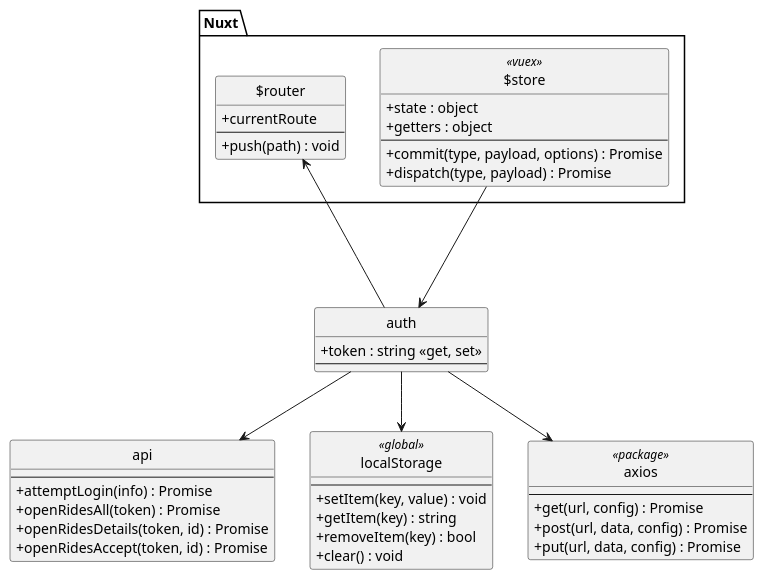
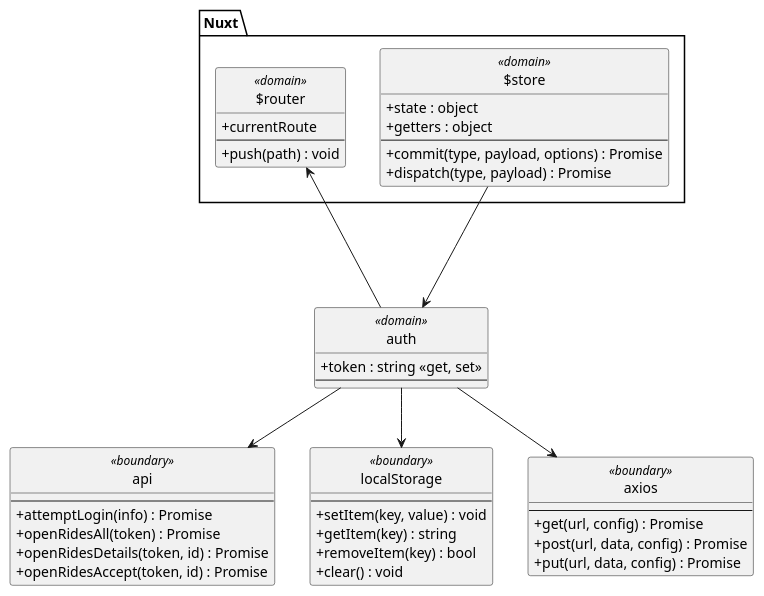
The diagram in docs/class-diagram-uc13-accept.plantuml (Phoenix1355/I4PRJ4-Web), drawn with PlantUML before and after one commit. The commit also changed 4 other files, not shown here.

```diff
--- a/docs/class-diagram-uc13-accept.plantuml
+++ b/docs/class-diagram-uc13-accept.plantuml
@@ -1,57 +1,57 @@
 @startuml UC13-Accept
 
 skinparam shadowing false
 skinparam classAttributeIconSize 0
 skinparam monochrome true
 skinparam backgroundColor transparent
 skinparam style strictuml
 
 package Nuxt {
-    class $router {
+    class $router <<domain>> {
         + currentRoute
         --
         + push(path) : void
     }
-    class $store <<vuex>> {
+    class $store <<domain>> {
         + state : object
         + getters : object
         --
         + commit(type, payload, options) : Promise
         + dispatch(type, payload) : Promise
     }
 }
 
-class auth {
+class auth <<domain>> {
     + token : string <<get, set>>
     --
 }
 $store ---> auth
 auth --> $router
 
-class api {
+class api <<boundary>> {
     --
     + attemptLogin(info) : Promise
     + openRidesAll(token) : Promise
     + openRidesDetails(token, id) : Promise
     + openRidesAccept(token, id) : Promise
 }
 auth --> api
 
-class localStorage <<global>> {
+class localStorage <<boundary>> {
     --
     + setItem(key, value) : void
     + getItem(key) : string
     + removeItem(key) : bool
     + clear() : void
 }
 auth --> localStorage
 
-class axios <<package>> {
+class axios <<boundary>> {
     --
     + get(url, config) : Promise
     + post(url, data, config) : Promise
     + put(url, data, config) : Promise
 }
 auth --> axios
 
 @enduml
```
